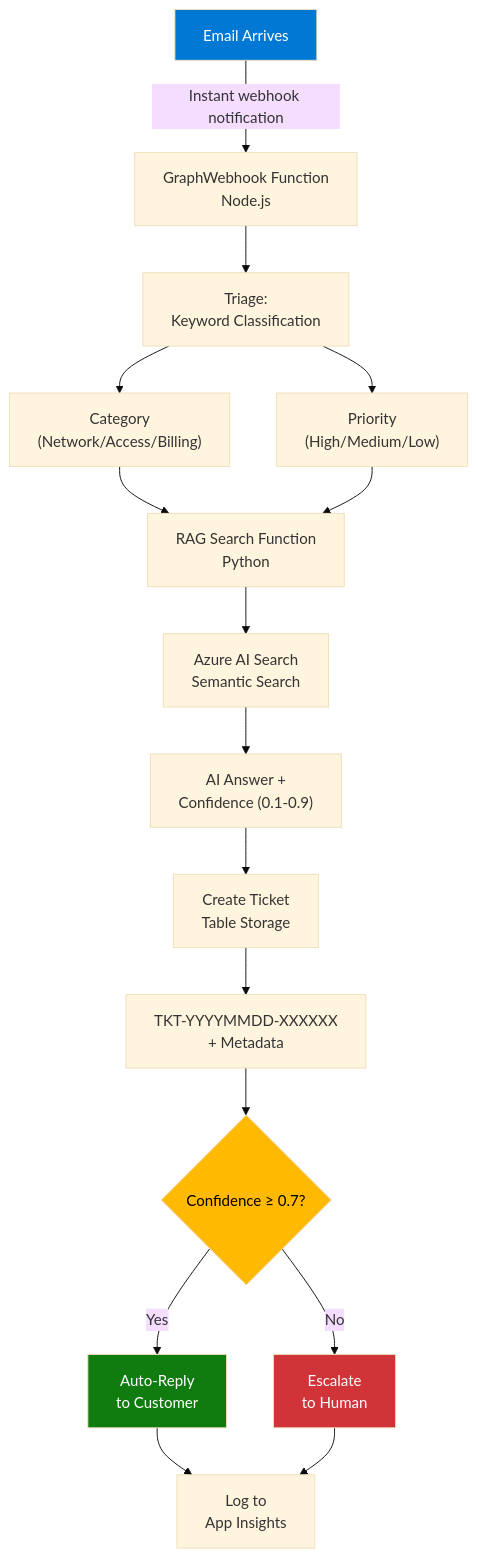
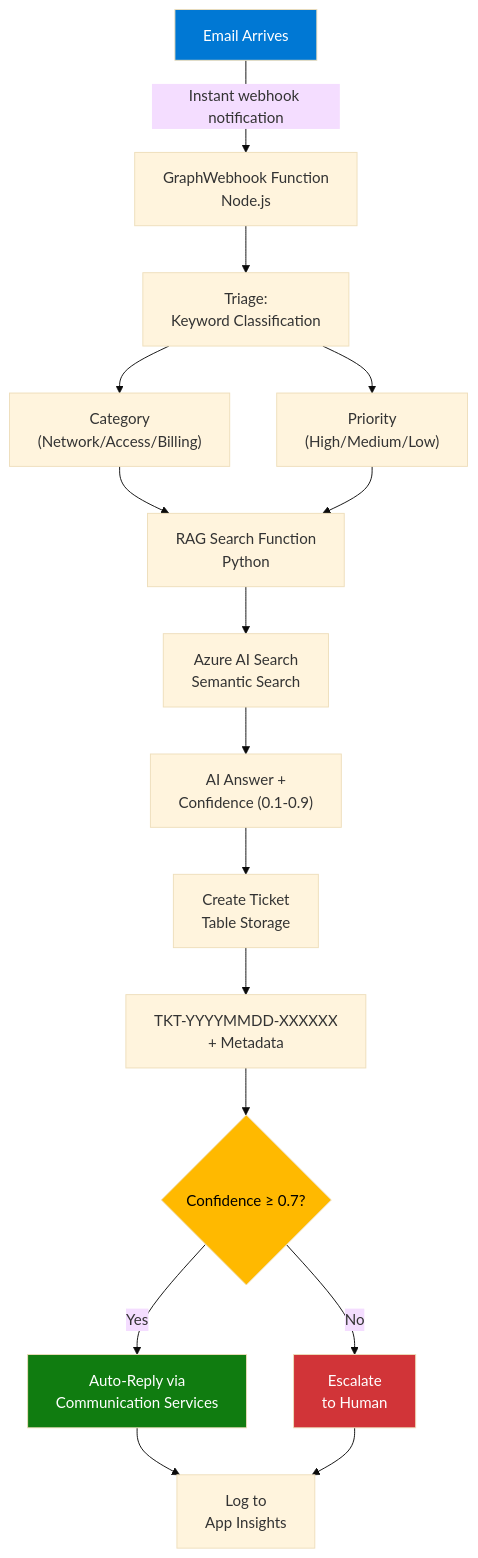
Before and after one commit to LuiseFreese/espc25-smart-support-agent: the diagram in demos/04-real-ticket-creation/function/README.md, drawn with Mermaid (base theme). The commit also changed other lines of this file and 19 other files, not shown here.

````diff
--- a/demos/04-real-ticket-creation/function/README.md
+++ b/demos/04-real-ticket-creation/function/README.md
@@ -15,28 +15,28 @@
 ```mermaid
 flowchart TD
     A[Email Arrives] -->|Instant webhook notification| B[GraphWebhook Function<br/>Node.js]
     
     B --> C[Triage:<br/>Keyword Classification]
     
     C --> C1["Category<br/>(Network/Access/Billing)"]
     C --> C2["Priority<br/>(High/Medium/Low)"]
     
     C1 & C2 --> D[RAG Search Function<br/>Python]
     
     D --> D1[Azure AI Search<br/>Semantic Search]
     D1 --> D2["AI Answer +<br/>Confidence (0.1-0.9)"]
     
     D2 --> E[Create Ticket<br/>Table Storage]
     E --> E1["TKT-YYYYMMDD-XXXXXX<br/>+ Metadata"]
     
     E1 --> F{Confidence ≥ 0.7?}
-    F -->|Yes| G[Auto-Reply<br/>to Customer]
+    F -->|Yes| G[Auto-Reply via<br/>Communication Services]
     F -->|No| H[Escalate<br/>to Human]
     
     G & H --> I[Log to<br/>App Insights]
     
     style A fill:#0078d4,color:#fff
     style F fill:#ffb900,color:#000
     style G fill:#107c10,color:#fff
     style H fill:#d13438,color:#fff
 ```
````
